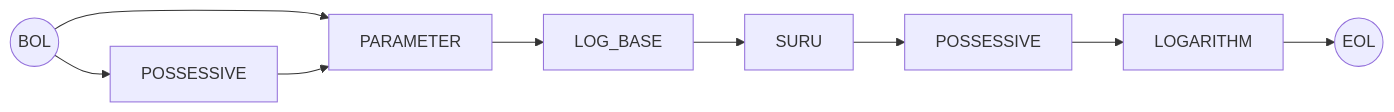
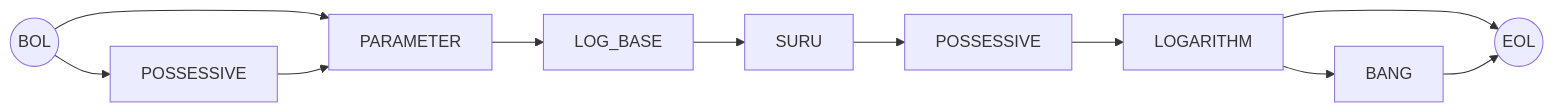
One commit to rewhowe/snapdragon changed diagram 15 of 17 in documentation/nfsm.md. Above: the diagram before and after it, drawn with Mermaid. The commit also changed other lines of this file and 12 other files, not shown here.

````diff
--- a/documentation/nfsm.md
+++ b/documentation/nfsm.md
@@ -635,13 +635,17 @@
 ```mermaid
 graph LR
   BOL((BOL)) --> POSSESSIVE_1[POSSESSIVE]
   BOL --> PARAMETER
 
   POSSESSIVE_1 --> PARAMETER
 
   PARAMETER --> LOG_BASE
   --> SURU
   --> POSSESSIVE
   --> LOGARITHM
-  --> EOL((EOL))
+
+  LOGARITHM --> BANG
+  LOGARITHM --> EOL((EOL))
+
+  BANG --> EOL
 ```
````
